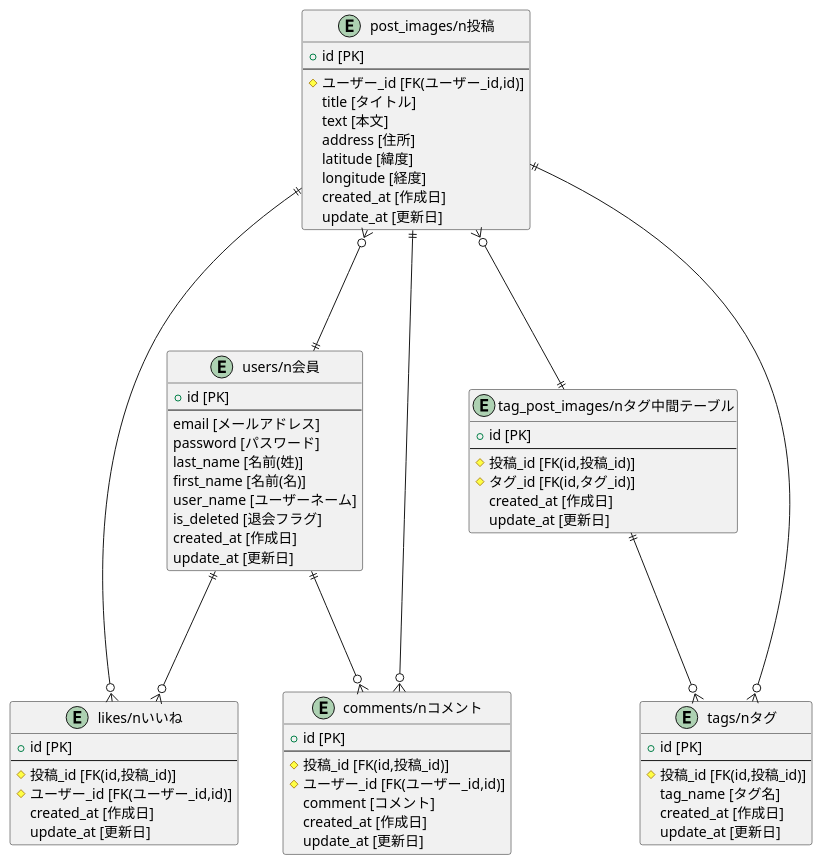
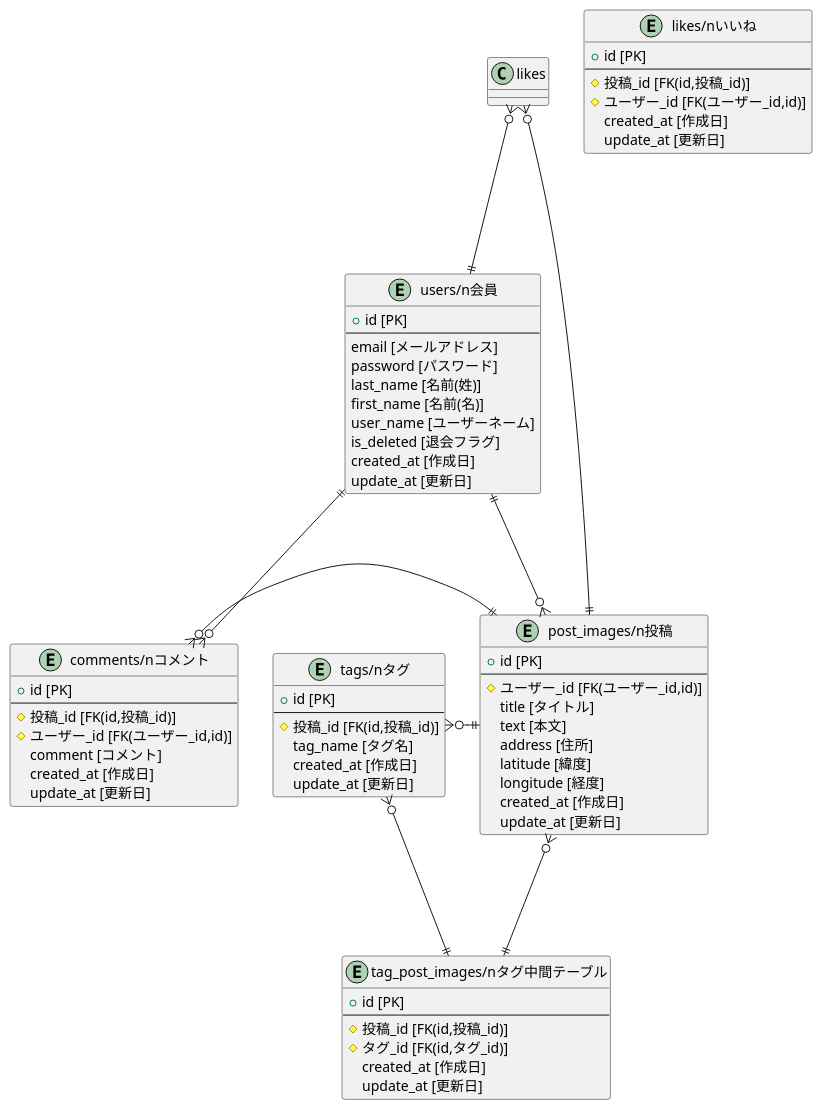
One commit to herojejung/Ours changed the diagram in README.md. Above: the diagram before and after it, drawn with PlantUML.

````diff
--- a/README.md
+++ b/README.md
@@ -46,69 +46,69 @@
 ```puml
 @startuml
 entity users as "users/n会員" {
   + id [PK]
   --
 email [メールアドレス]
 password [パスワード]
 last_name [名前(姓)]
 first_name [名前(名)]
 user_name [ユーザーネーム]
 is_deleted [退会フラグ]
 created_at [作成日]
 update_at [更新日]
 }
 entity post_images as "post_images/n投稿" {
   + id [PK]
   --
 # ユーザー_id [FK(ユーザー_id,id)]
 title [タイトル]
 text [本文]
 address [住所]
 latitude [緯度]
 longitude [経度]
 created_at [作成日]
 update_at [更新日]
 }
 entity tags as "tags/nタグ" {
   + id [PK]
   --
 # 投稿_id [FK(id,投稿_id)]
 tag_name [タグ名]
 created_at [作成日]
 update_at [更新日]
 }
 entity tag_post_images as "tag_post_images/nタグ中間テーブル" {
   + id [PK]
   --
 # 投稿_id [FK(id,投稿_id)]
 # タグ_id [FK(id,タグ_id)]
 created_at [作成日]
 update_at [更新日]
 }
 entity comments as "comments/nコメント" {
   + id [PK]
   --
 # 投稿_id [FK(id,投稿_id)]
 # ユーザー_id [FK(ユーザー_id,id)]
 comment [コメント]
 created_at [作成日]
 update_at [更新日]
 }
 entity favorites as "likes/nいいね" {
   + id [PK]
   --
 # 投稿_id [FK(id,投稿_id)]
 # ユーザー_id [FK(ユーザー_id,id)]
 created_at [作成日]
 update_at [更新日]
 }
 tag_post_images ||-u--o{ post_images
-tag_post_images ||-d--o{ tags
+tag_post_images ||-u--o{ tags
 post_images ||-l--o{ tags
 post_images ||-l--o{ comments
-post_images ||-d--o{ favorites
+post_images ||-d--o{ likes
 users ||-u--o{ post_images
 users ||-d--o{ comments
-users ||-d--o{ favorites
+users ||-u--o{ likes
 @enduml
 ```
````
